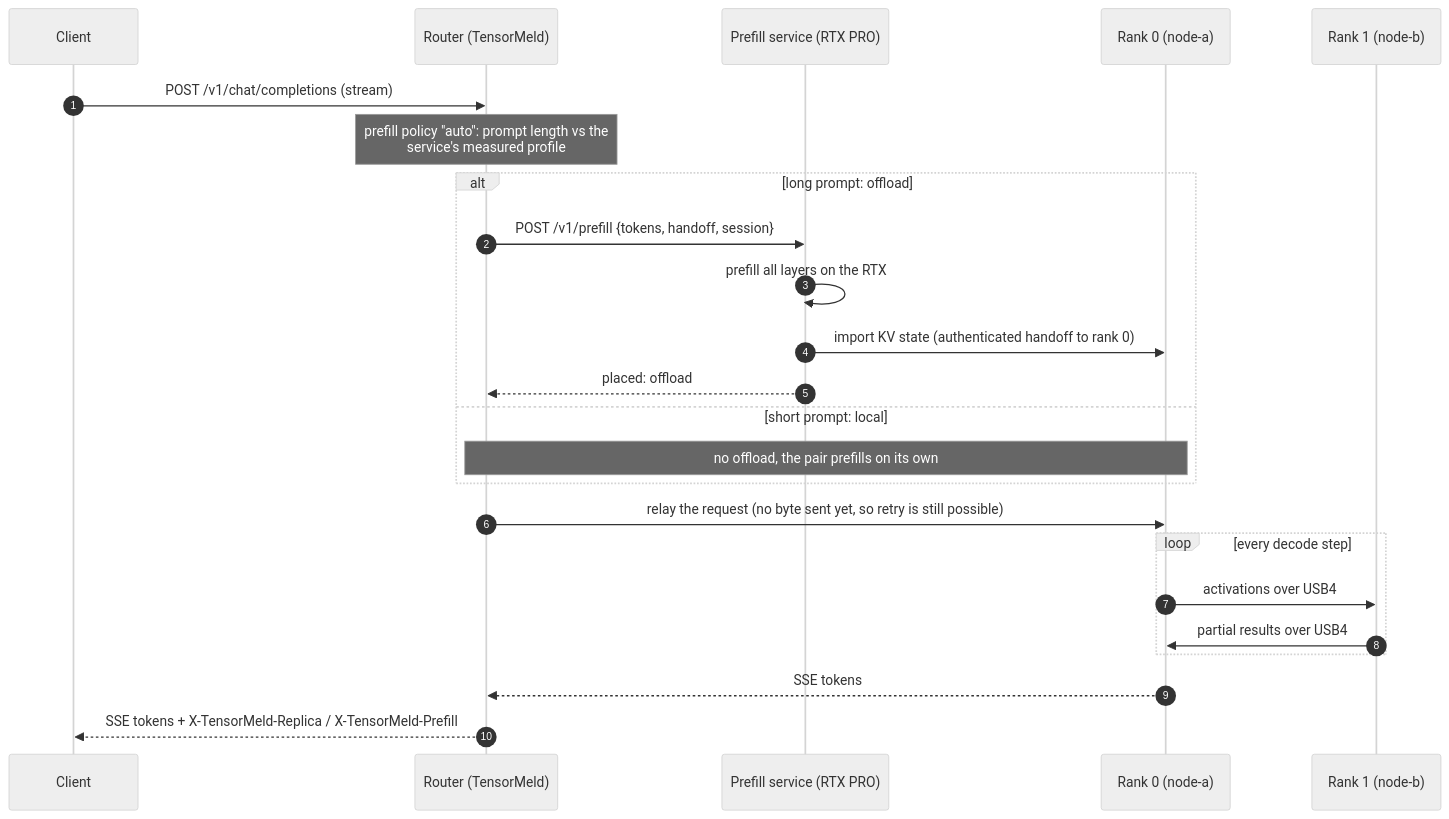
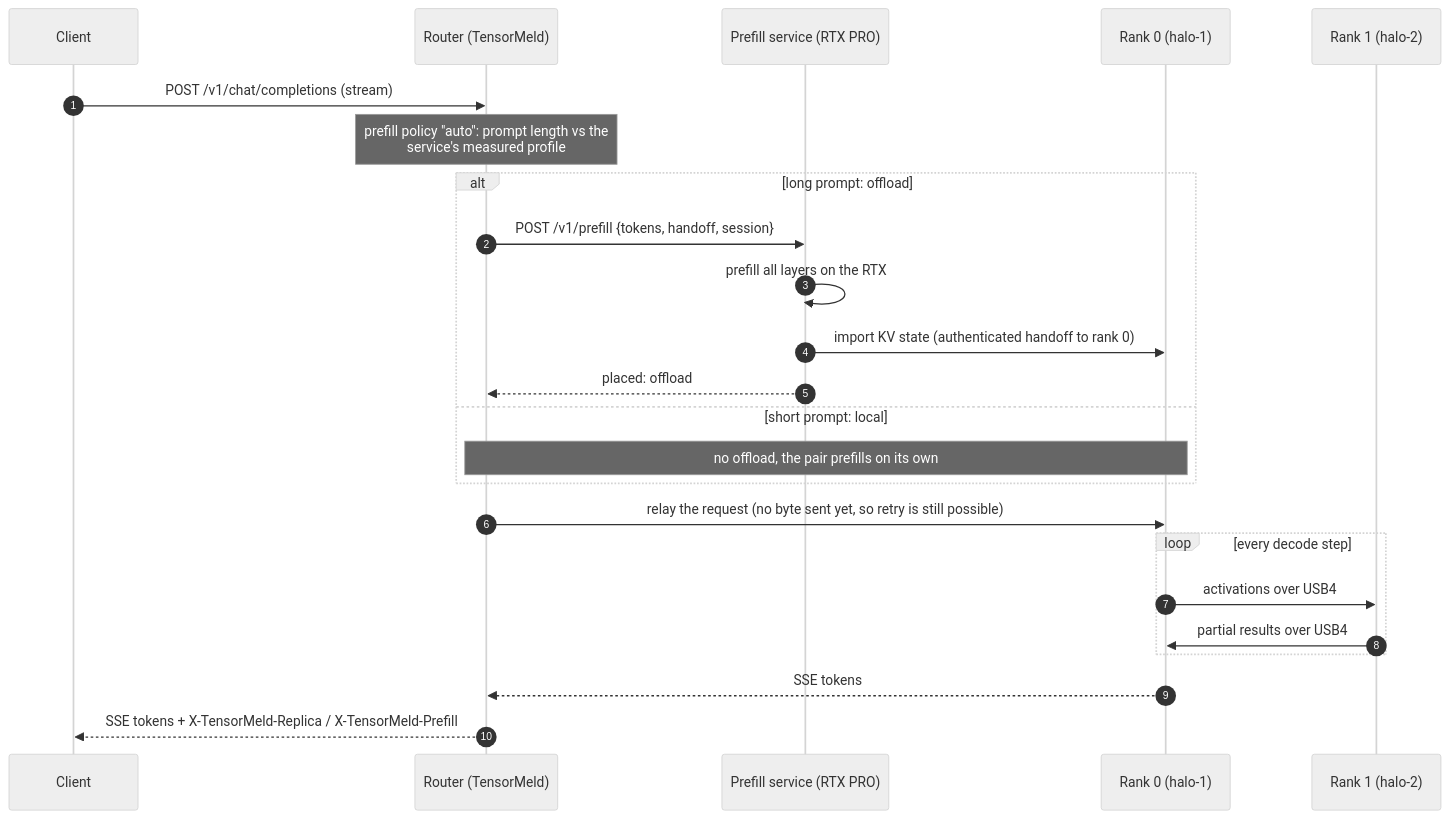
One commit to hyukudan/hyperloom changed the second of 4 diagrams in README.md. Above: the diagram before and after it, drawn with Mermaid (neutral theme). The commit also changed other lines of this file, not shown here.

First line of the commit message:
docs: align the README quick start with the phase 0 CLI and config schema

````diff
--- a/README.md
+++ b/README.md
@@ -145,27 +149,27 @@
 ```mermaid
 sequenceDiagram
     autonumber
     participant C as Client
     participant R as Router (TensorMeld)
     participant P as Prefill service (RTX PRO)
-    participant A as Rank 0 (node-a)
-    participant B as Rank 1 (node-b)
+    participant A as Rank 0 (halo-1)
+    participant B as Rank 1 (halo-2)
 
     C->>R: POST /v1/chat/completions (stream)
     Note over R: prefill policy "auto": prompt length vs the<br/>service's measured profile
     alt long prompt: offload
         R->>P: POST /v1/prefill {tokens, handoff, session}
         P->>P: prefill all layers on the RTX
         P->>A: import KV state (authenticated handoff to rank 0)
         P-->>R: placed: offload
     else short prompt: local
         Note over R,A: no offload, the pair prefills on its own
     end
     R->>A: relay the request (no byte sent yet, so retry is still possible)
     loop every decode step
         A->>B: activations over USB4
         B->>A: partial results over USB4
     end
     A-->>R: SSE tokens
     R-->>C: SSE tokens + X-TensorMeld-Replica / X-TensorMeld-Prefill
 ```
````
